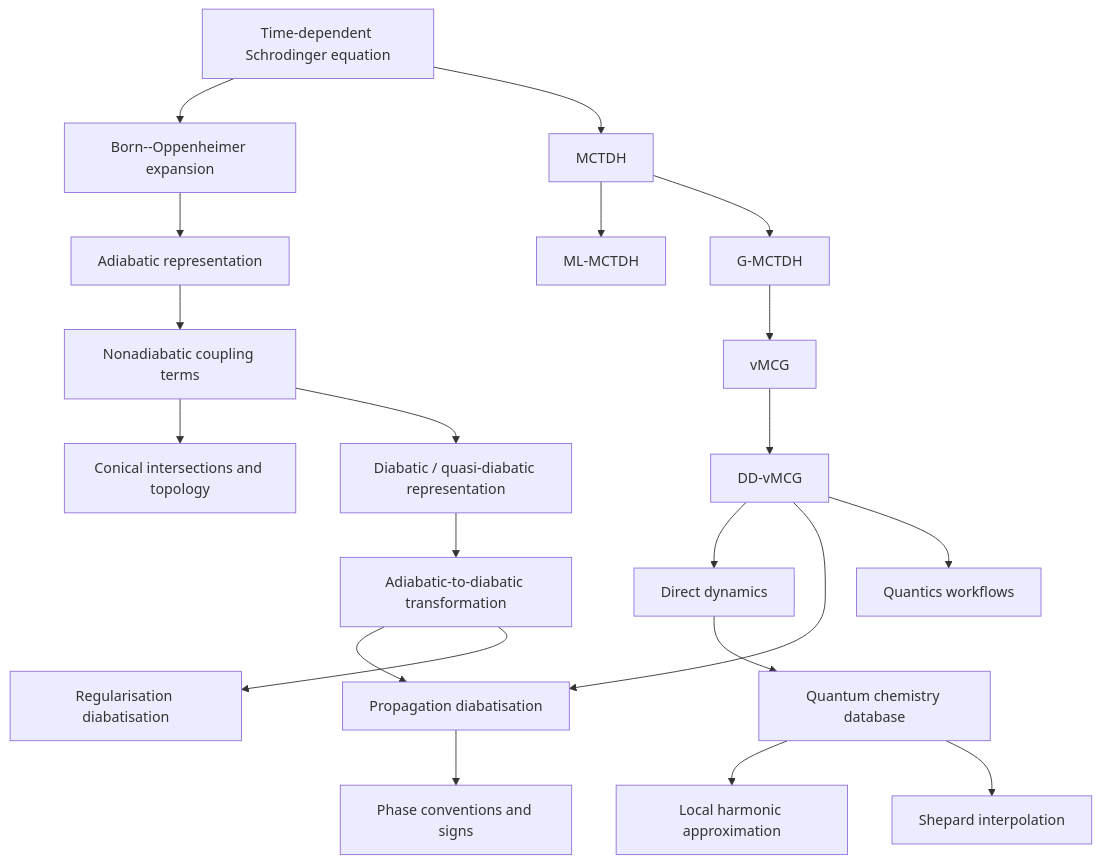
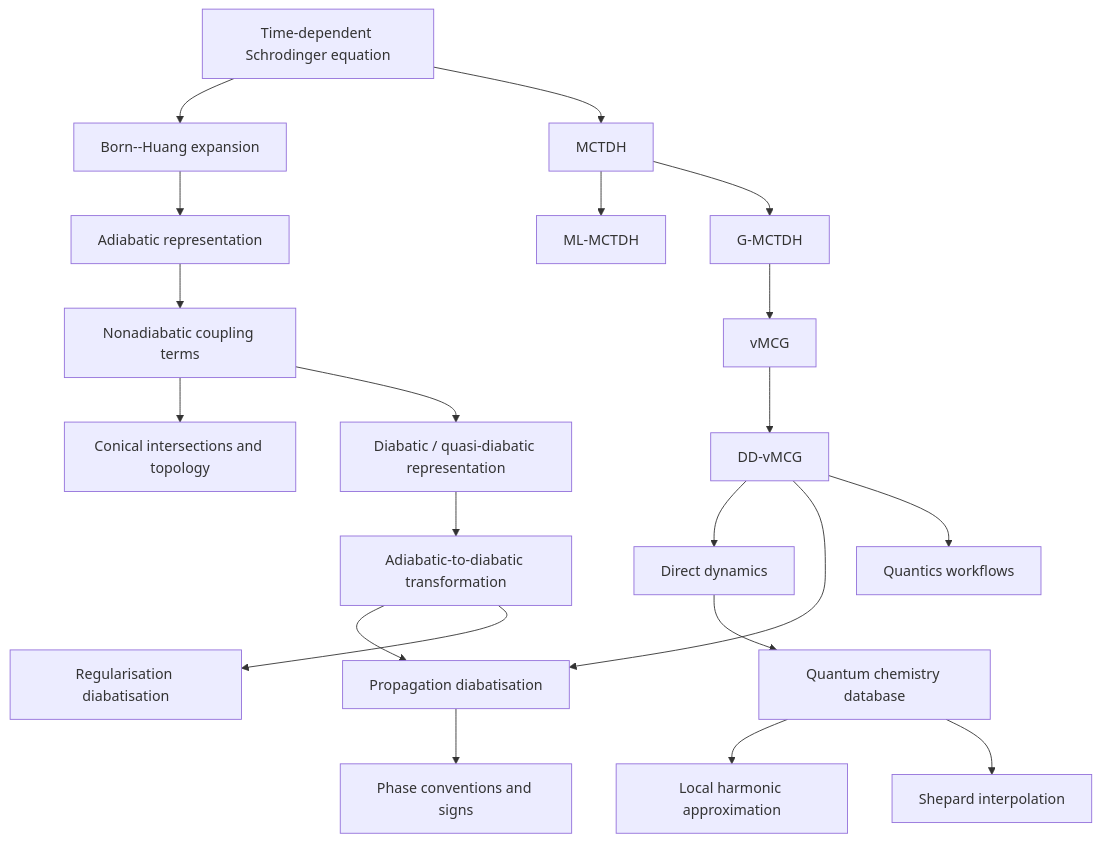
One commit to KM-2323/documentation_intro changed the diagram in 00_project_overview/knowledge_map.md. Above: the diagram before and after it, drawn with Mermaid. The commit also changed other lines of this file and 2 other files, not shown here.

````diff
--- a/00_project_overview/knowledge_map.md
+++ b/00_project_overview/knowledge_map.md
@@ -1,60 +1,60 @@
 ```mermaid
 graph TD
 
     TDSE["Time-dependent Schrodinger equation"]
-    BO["Born--Oppenheimer expansion"]
+    BO["Born--Huang expansion"]
     ADREP["Adiabatic representation"]
     NAC["Nonadiabatic coupling terms"]
     CI["Conical intersections and topology"]
     DIAB["Diabatic / quasi-diabatic representation"]
 
     MCTDH["MCTDH"]
     ML["ML-MCTDH"]
     GMCTDH["G-MCTDH"]
     VMCG["vMCG"]
     DDVMCG["DD-vMCG"]
 
     DD["Direct dynamics"]
     QCDB["Quantum chemistry database"]
     LHA["Local harmonic approximation"]
     SHEP["Shepard interpolation"]
 
     ADT["Adiabatic-to-diabatic transformation"]
     PROP["Propagation diabatisation"]
     REG["Regularisation diabatisation"]
     PHASE["Phase conventions and signs"]
 
     QUANTICS["Quantics workflows"]
    %% CODEMAP["Quantics code map"]
 
     %%REG -->CODEMAP
     TDSE --> BO
     BO --> ADREP
     ADREP --> NAC
     NAC --> CI
     NAC --> DIAB
     DIAB --> ADT
     ADT --> PROP
     ADT --> REG
     PROP --> PHASE
 
     TDSE --> MCTDH
     MCTDH --> ML
     MCTDH --> GMCTDH
     GMCTDH --> VMCG
     VMCG --> DDVMCG
 
     DDVMCG --> DD
     DD --> QCDB
     QCDB --> LHA
     QCDB --> SHEP
     DDVMCG --> PROP
 
     DDVMCG --> QUANTICS
     %%QUANTICS --> CODEMAP
     %%PROP --> CODEMAP
     %%QCDB --> CODEMAP
 
     %% Setting up internal links to the nodes
     click BO "../02_Born_Oppenheimer_and_Nonadiabaticity/01_bornhuang_expansion.html" "View Born-Oppenheimer Derivation"
 ```
````
